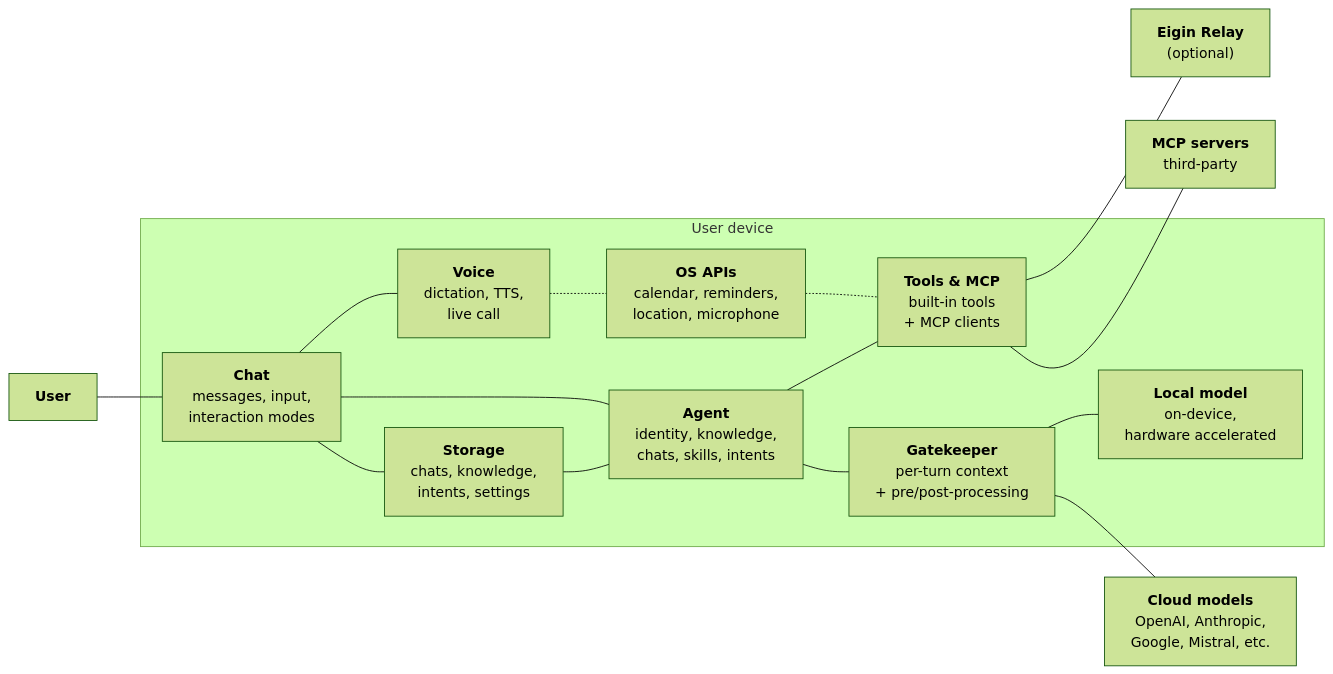
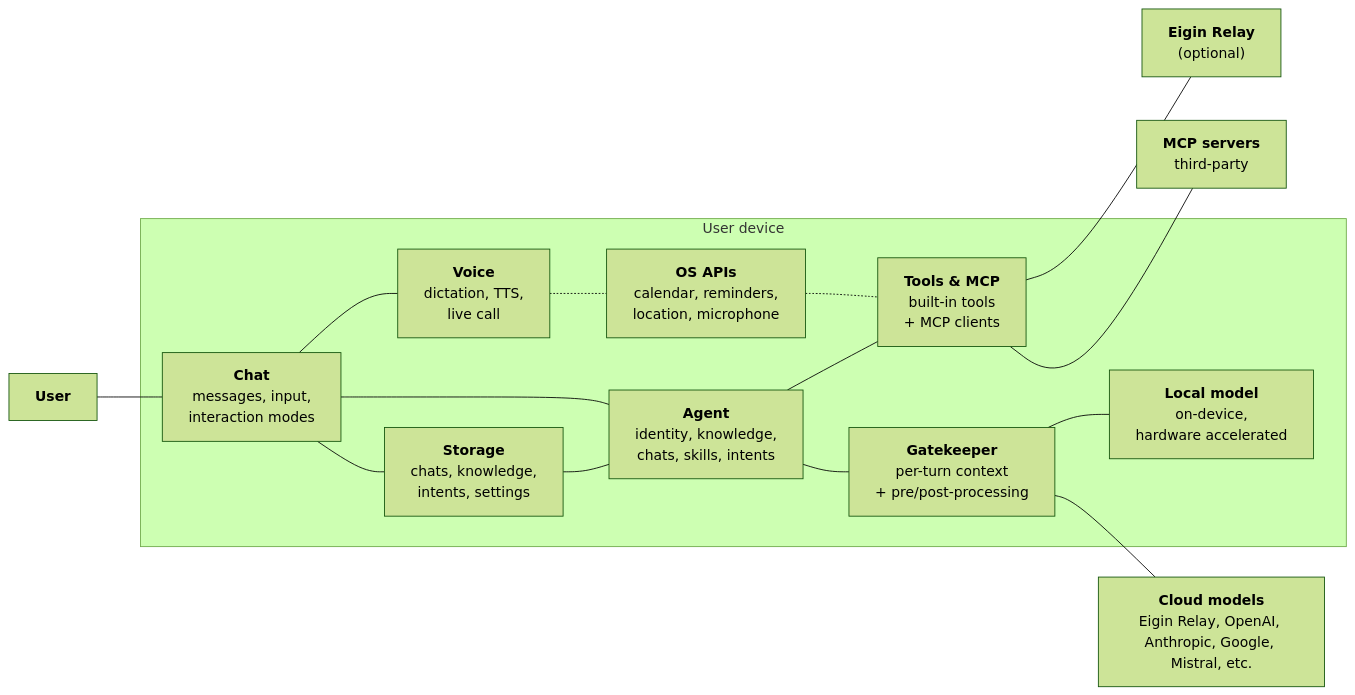
The diagram in docs/src/system-context.md (Eigin-AI/Eigin), drawn with Mermaid (forest theme) before and after one commit. The commit also changed other lines of this file and 31 other files, not shown here.

````diff
--- a/docs/src/system-context.md
+++ b/docs/src/system-context.md
@@ -7,35 +7,35 @@
 ```mermaid
 flowchart LR
     User["<b>User</b>"]
 
     subgraph Device["User device"]
         Chat["<b>Chat</b><br/>messages, input,<br/>interaction modes"]
         Agent["<b>Agent</b><br/>identity, knowledge,<br/>chats, skills, intents"]
         Gatekeeper["<b>Gatekeeper</b><br/>per-turn context<br/>+ pre/post-processing"]
         Storage["<b>Storage</b><br/>chats, knowledge,<br/>intents, settings"]
         Voice["<b>Voice</b><br/>dictation, TTS,<br/>live call"]
         OS["<b>OS APIs</b><br/>calendar, reminders,<br/>location, microphone"]
         ToolsMCP["<b>Tools & MCP</b><br/>built-in tools<br/>+ MCP clients"]
         LocalModel["<b>Local model</b><br/>on-device,<br/>hardware accelerated"]
     end
 
-    CloudModel["<b>Cloud models</b><br/>OpenAI, Anthropic,<br/>Google, Mistral, etc."]
+    CloudModel["<b>Cloud models</b><br/>Eigin Relay, OpenAI, Anthropic, Google, Mistral, etc."]
     Relay["<b>Eigin Relay</b><br/>(optional)"]
     MCPServers["<b>MCP servers</b><br/>third-party"]
 
     User --- Chat
     Chat --- Voice
     Chat --- Agent
     Chat --- Storage
     Voice -.- OS -.- ToolsMCP
     Storage --- Agent
     Agent --- ToolsMCP
     Agent --- Gatekeeper
     Gatekeeper --- LocalModel
     Gatekeeper --- CloudModel
     ToolsMCP --- Relay
     ToolsMCP --- MCPServers
 
     classDef eigin min-width:160px
     class Chat,Agent,Gatekeeper,Storage,Voice,ToolsMCP,LocalModel eigin
 ```
````
